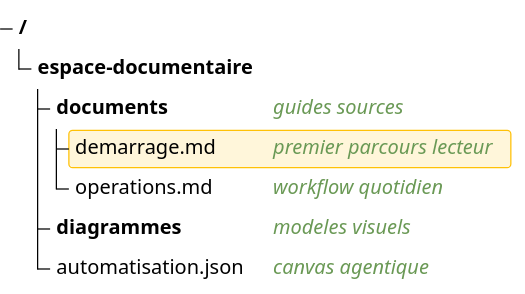
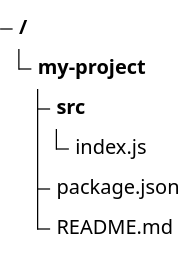
Before and after one commit to craftskillz/living-documentation: diagram 11 of 11 in documentation/2026_05_20_13_28_[CONFERENCE]_test.md, drawn with Mermaid (neutral theme).

Commit message:
docs: update living documentation

````diff
--- a/documentation/2026_05_20_13_28_[CONFERENCE]_test.md
+++ b/documentation/2026_05_20_13_28_[CONFERENCE]_test.md
@@ -177,9 +177,8 @@
 ```mermaid
 treeView-beta
-    espace-documentaire/
-        documents/ ## guides sources
-            demarrage.md :::highlight ## premier parcours lecteur
-            operations.md ## workflow quotidien
-        diagrammes/ ## modeles visuels
-        automatisation.json ## canvas agentique
+    my-project/
+        src/
+            index.js
+        package.json
+        README.md
 ```
````
